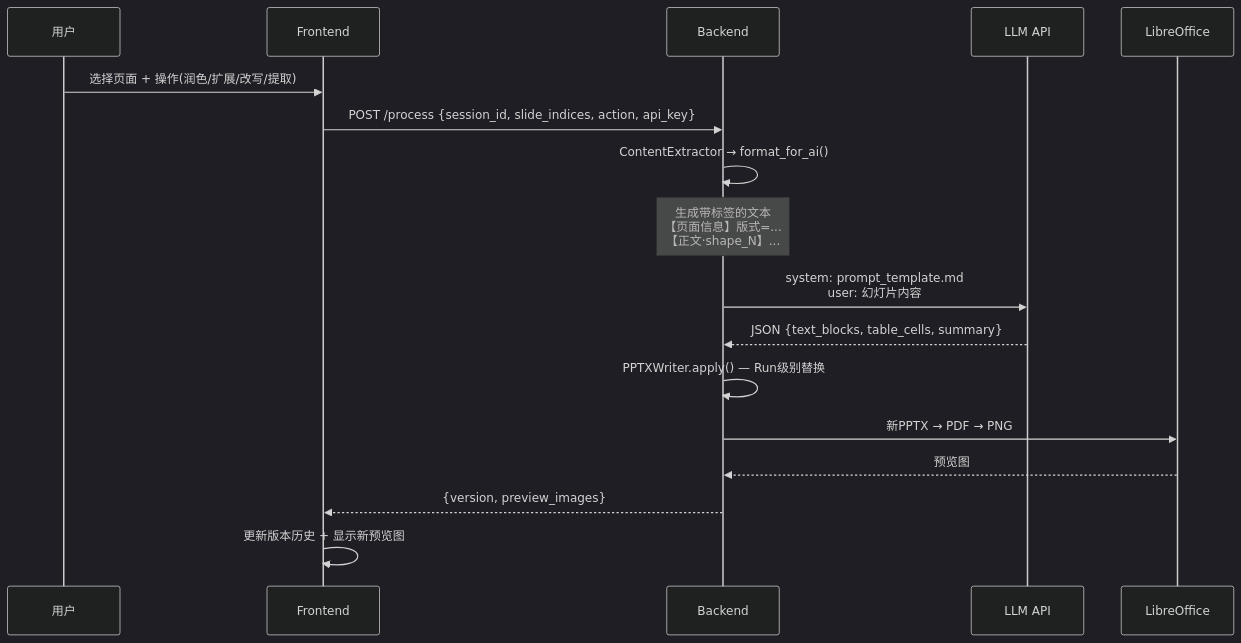
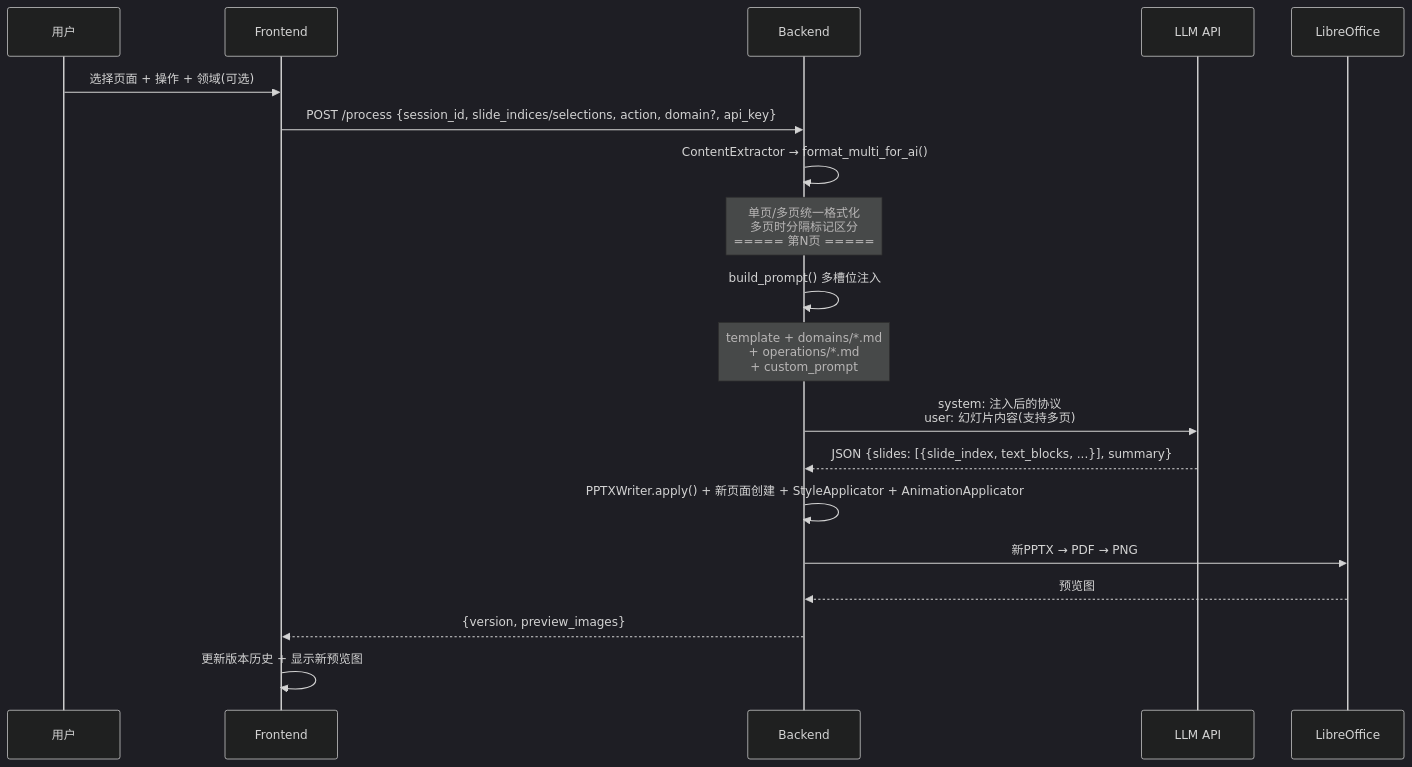
Before and after one commit to lk19940215/ai-teaching-ppt: the second of 3 diagrams in PROJECT.md, drawn with Mermaid (dark theme). The commit also changed other lines of this file and 34 other files, not shown here.

````diff
--- a/PROJECT.md
+++ b/PROJECT.md
@@ -46,20 +48,22 @@
 ```mermaid
 sequenceDiagram
     participant U as 用户
     participant FE as Frontend
     participant BE as Backend
     participant LLM as LLM API
     participant LO as LibreOffice
 
-    U->>FE: 选择页面 + 操作(润色/扩展/改写/提取)
-    FE->>BE: POST /process {session_id, slide_indices, action, api_key}
-    BE->>BE: ContentExtractor → format_for_ai()
-    Note over BE: 生成带标签的文本<br/>【页面信息】版式=...<br/>【正文·shape_N】...
-    BE->>LLM: system: prompt_template.md<br/>user: 幻灯片内容
-    LLM-->>BE: JSON {text_blocks, table_cells, summary}
-    BE->>BE: PPTXWriter.apply() — Run级别替换
+    U->>FE: 选择页面 + 操作 + 领域(可选)
+    FE->>BE: POST /process {session_id, slide_indices/selections, action, domain?, api_key}
+    BE->>BE: ContentExtractor → format_multi_for_ai()
+    Note over BE: 单页/多页统一格式化<br/>多页时分隔标记区分<br/>===== 第N页 =====
+    BE->>BE: build_prompt() 多槽位注入
+    Note over BE: template + domains/*.md<br/>+ operations/*.md<br/>+ custom_prompt
+    BE->>LLM: system: 注入后的协议<br/>user: 幻灯片内容(支持多页)
+    LLM-->>BE: JSON {slides: [{slide_index, text_blocks, ...}], summary}
+    BE->>BE: PPTXWriter.apply() + 新页面创建 + StyleApplicator + AnimationApplicator
     BE->>LO: 新PPTX → PDF → PNG
     LO-->>BE: 预览图
     BE-->>FE: {version, preview_images}
     FE->>FE: 更新版本历史 + 显示新预览图
 ```
````
